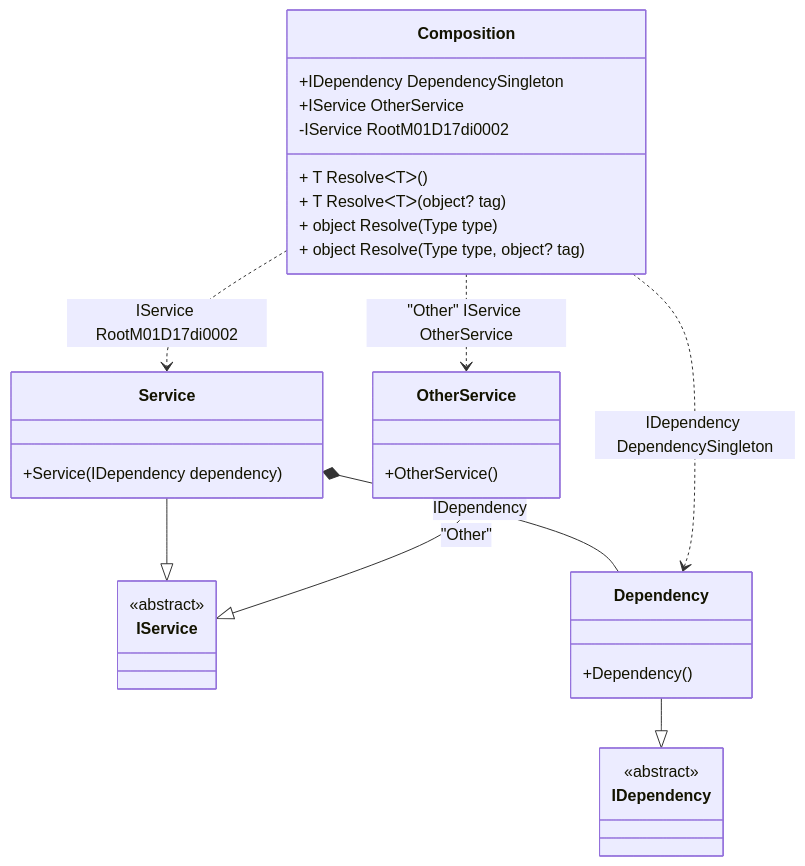
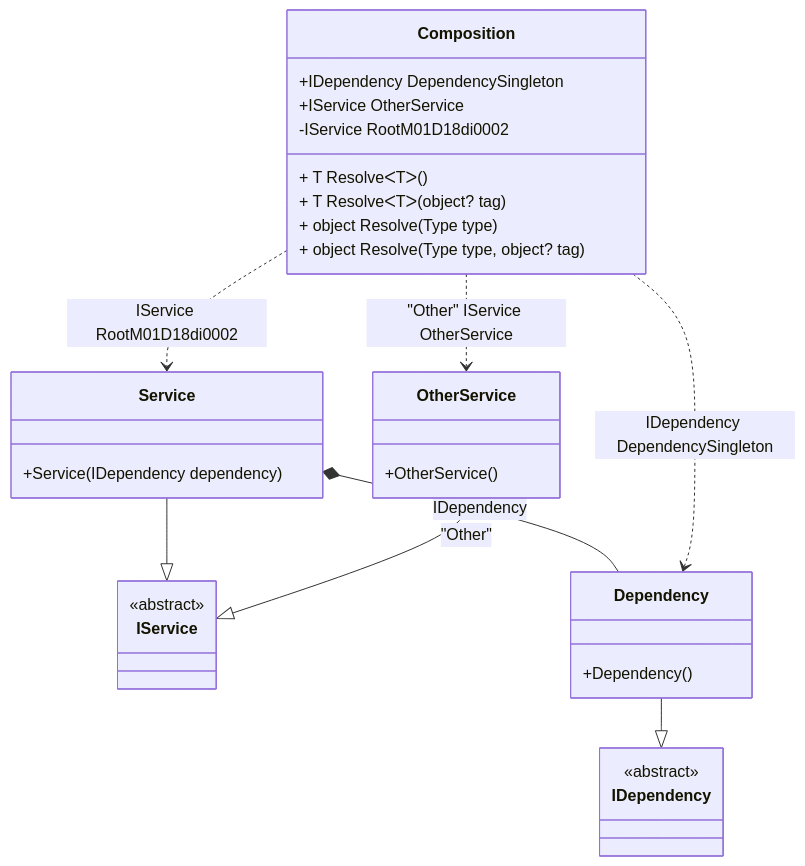
One commit to DevTeam/Pure.DI changed the diagram in readme/resolve-methods.md. Above: the diagram before and after it, drawn with Mermaid. The commit also changed other lines of this file and 84 other files, not shown here.

````diff
--- a/readme/resolve-methods.md
+++ b/readme/resolve-methods.md
@@ -45,34 +45,34 @@
 ```mermaid
 classDiagram
   class Composition {
     +IDependency DependencySingleton
     +IService OtherService
-    -IService RootM01D17di0002
+    -IService RootM01D18di0002
     + T ResolveᐸTᐳ()
     + T ResolveᐸTᐳ(object? tag)
     + object Resolve(Type type)
     + object Resolve(Type type, object? tag)
   }
   Service --|> IService : 
   class Service {
     +Service(IDependency dependency)
   }
   Dependency --|> IDependency : 
   class Dependency {
     +Dependency()
   }
   OtherService --|> IService : "Other" 
   class OtherService {
     +OtherService()
   }
   class IService {
     <<abstract>>
   }
   class IDependency {
     <<abstract>>
   }
   Service *--  Dependency : IDependency
   Composition ..> Dependency : IDependency DependencySingleton
-  Composition ..> Service : IService RootM01D17di0002
+  Composition ..> Service : IService RootM01D18di0002
   Composition ..> OtherService : "Other" IService OtherService
 ```
````
